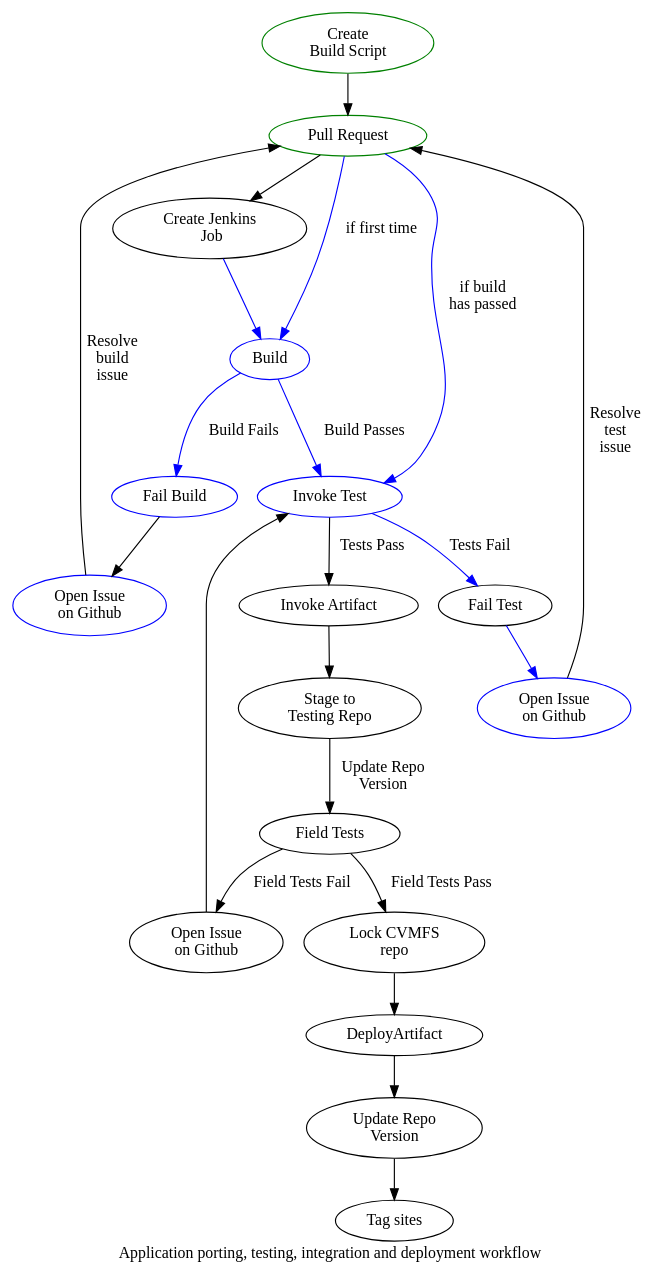
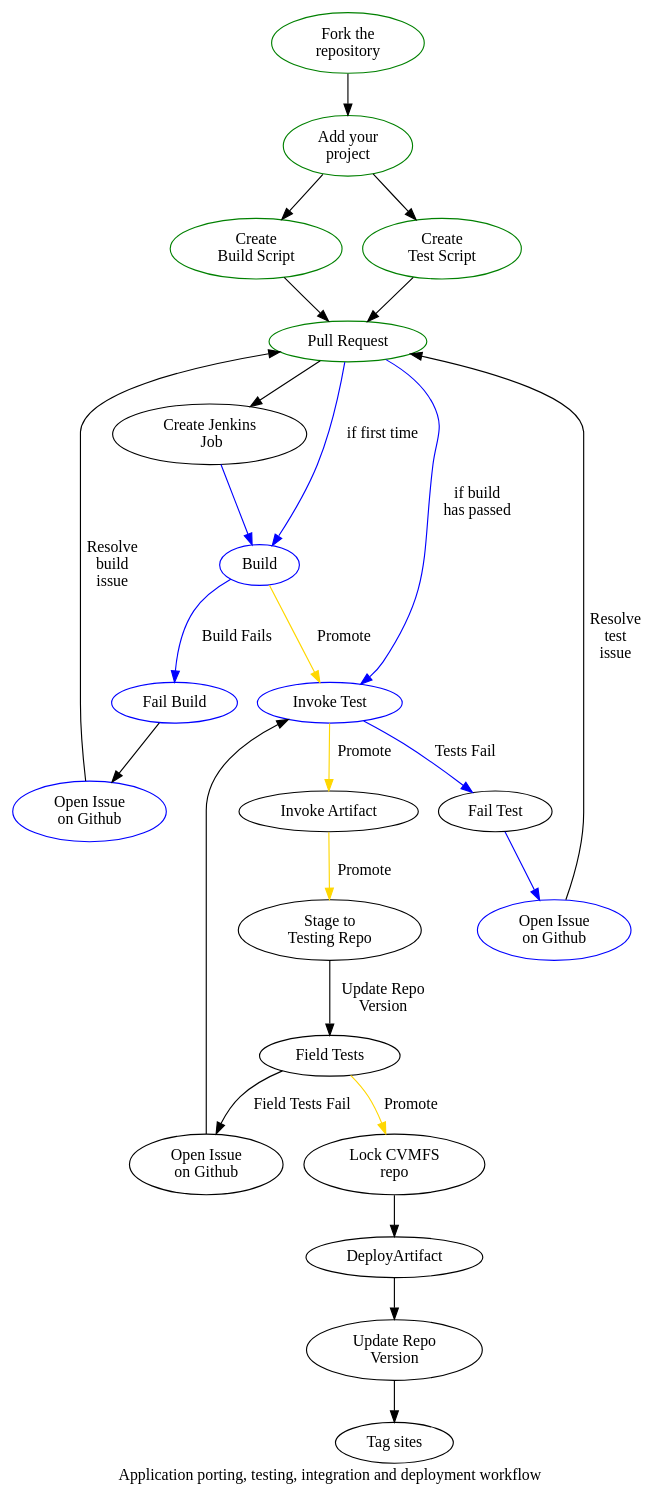
The diagram in doc/PortingWorkflow.dot (SAGridOps/SoftwareInstallation), drawn with Graphviz before and after one commit. The commit also changed 1 other file, not shown here.

```diff
--- a/doc/PortingWorkflow.dot
+++ b/doc/PortingWorkflow.dot
@@ -1,88 +1,95 @@
 ###############################################
 # Africa-Arabia Regional Operations Centre
 # This source code is under the copyright of the CSIR.
 # Title                   : PortingWorkflow.dot
 # First Author            : Bruce Becker
 # Institute               : CSIR Meraka Insitute
 ###############################################
 #
 # This describes the workflow that new applications follow when
 # proposed for integration into the SAGrid CVMFS repository.
 #
 # The procedure is essentially
 # Propose -> Build -> Test -> Deploy -> Tag
 # There are branches for failure and success at each of these
 # major nodes
 
 
 ############################################################
 # Who does what ?
 ############################################################
 # Certain tasks have to be done by humans, while others are
 # done by spiffy robots, like Jenkins or webhooks.
 # Manual tasks are shown in black arrows, while
 # Automated tasks are shown in blue arrows.
 
 # Tasks are represented by vertices on the graph, with differing colors depending on whow has to do whatL
 # Black : SAGridOps
 # Green : User/Developer
 # Blue : Some robot, usually Jenkins
 
 digraph G{
 label = "Application porting, testing, integration and deployment workflow"
 #aize = "4,4";
 
 # First, we define all the vertices
 # Each vertex implies an action, so we want to create links to the documentaiton
 # of that action. What does the user and the developer need to know ?
 
 BuildScript          [label="Create \n Build Script"       URL="docs/Build.md" color="green"];
+TestScript           [label="Create\n Test Script" URL="docs/Tests.md" color="green"];
+ForkRepo             [label="Fork the\n repository" color="green"];
+AddScripts           [label="Add your\n project" URL="docs/AddYourproject.md" color="green"]
 PullRequest          [label="Pull Request"       URL="docs/PullRequest.md"     color="green"];
 CreateJenkinsJob    [label="Create Jenkins\n  Job" URL="docs/JenkinsJob.md"    color="black"];
 Build               [label="Build"              URL="docs/Build.md"           color="blue"];
 FailBuild           [label="Fail Build"         URL="docs/FailBuild.md"       color="blue"];
 UserContactBuild    [label="Open Issue\n on Github"  URL="docs/UserBuildFollowup.md" color="blue"];
 InvokeTest          [label="Invoke Test"        URL="docs/InvokeTest.md"      color="blue"];
 FailTest            [label="Fail Test"          URL="docs/FailTest.md"];
 UserContactTest     [label="Open Issue\n on Github"  URL="docs/UserTestFollowup.md"   color="blue"];
 InvokeArtifact      [label="Invoke Artifact"    URL="docs/InvokeArtifact.md"];
 StageToTesting      [label="Stage to\n Testing Repo" color="black"];
 FieldTests          [label="Field Tests" color="black"];
 RepoLock            [label="Lock CVMFS \n repo" color="black"];
 FollowUpSites       [label="Open Issue\n on Github" color="black"]
 RepoUpdate          [label="Update Repo\n Version" color="black"]
 SiteTag             [label="Tag sites" color="black"]
 
 # Start with the Proposal branch - the main branch
+ForkRepo -> AddScripts
+AddScripts -> BuildScript
+AddScripts -> TestScript
 BuildScript -> PullRequest                 [color="black"];
+TestScript -> PullRequest                  [color="black"]
 PullRequest -> CreateJenkinsJob            [color="black"];
 PullRequest -> Build                       [label="if first time" color="blue"];
 PullRequest -> InvokeTest                  [label="if build \n has passed" color="blue"];
 # Once the Jenkins job has been created, we proceed to build
 CreateJenkinsJob -> Build                 [color="blue"];
-Build -> InvokeTest                        [label="Build Passes" color="blue"];
+Build -> InvokeTest                       [label="Promote" color="gold"];
 Build -> FailBuild                         [label="Build Fails" color="blue"];
 FailBuild -> UserContactBuild              [color="black"];
 UserContactBuild -> PullRequest            [label="Resolve\n build\n issue" color="black"];
 
 # We now start the workflow branch that results from a successful build
-InvokeTest -> InvokeArtifact              [label="Tests Pass" color="black"];
+InvokeTest -> InvokeArtifact              [label="Promote" color="gold"];
 InvokeTest -> FailTest                    [label="Tests Fail" color="blue"];
 FailTest -> UserContactTest               [color="blue"];
 UserContactTest -> PullRequest            [label="Resolve\n test\n issue" color="black"];
 
 # We now start the workflow that starts from a successful test
-InvokeArtifact -> StageToTesting;
+InvokeArtifact -> StageToTesting [label="Promote" color="gold"];
 StageToTesting -> FieldTests [label="Update Repo\n Version"];
-FieldTests -> RepoLock [label="Field Tests Pass" color="black"];
+FieldTests -> RepoLock [label="Promote" color="gold"];
 FieldTests -> FollowUpSites [label="Field Tests Fail"];
 FollowUpSites -> InvokeTest;
 RepoLock -> DeployArtifact;
 DeployArtifact -> RepoUpdate;
 RepoUpdate -> SiteTag;
 # At this point the application is in the CVMFS repository and is available at all sites which mount that repo
 
 ###################################################
 # Build Failed Branch
 ###################################################
 }
```
